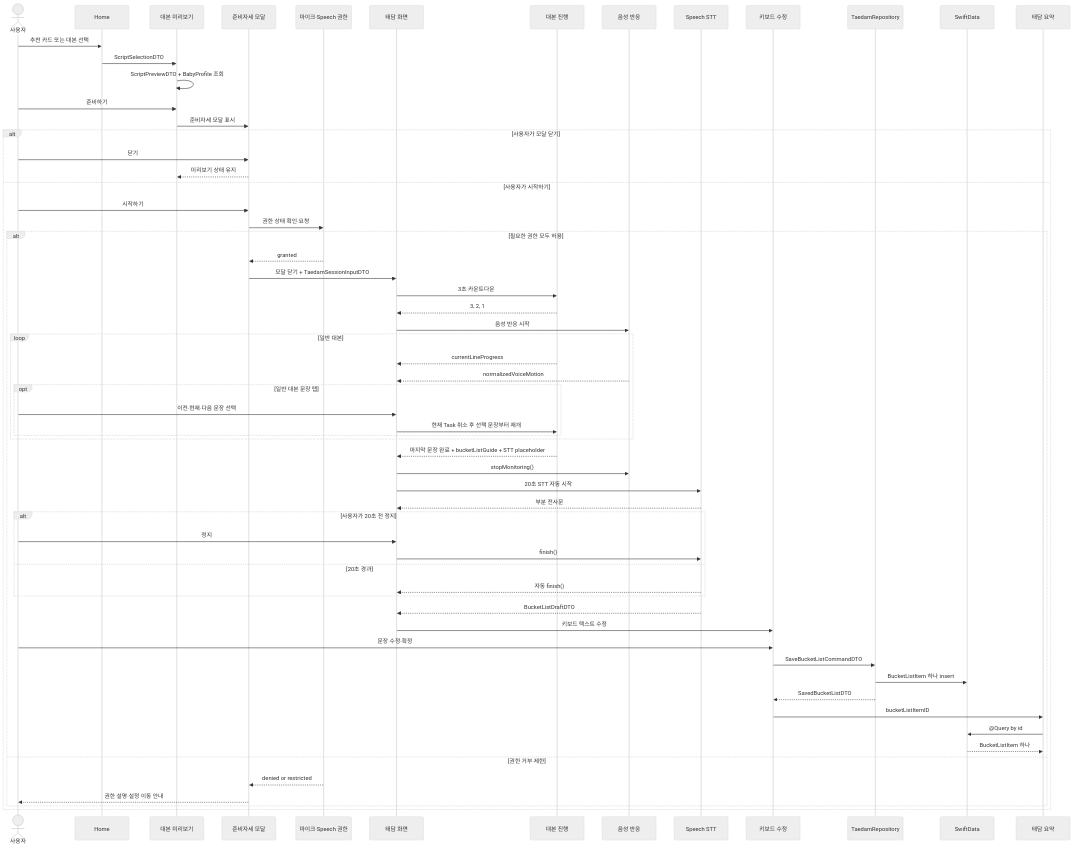
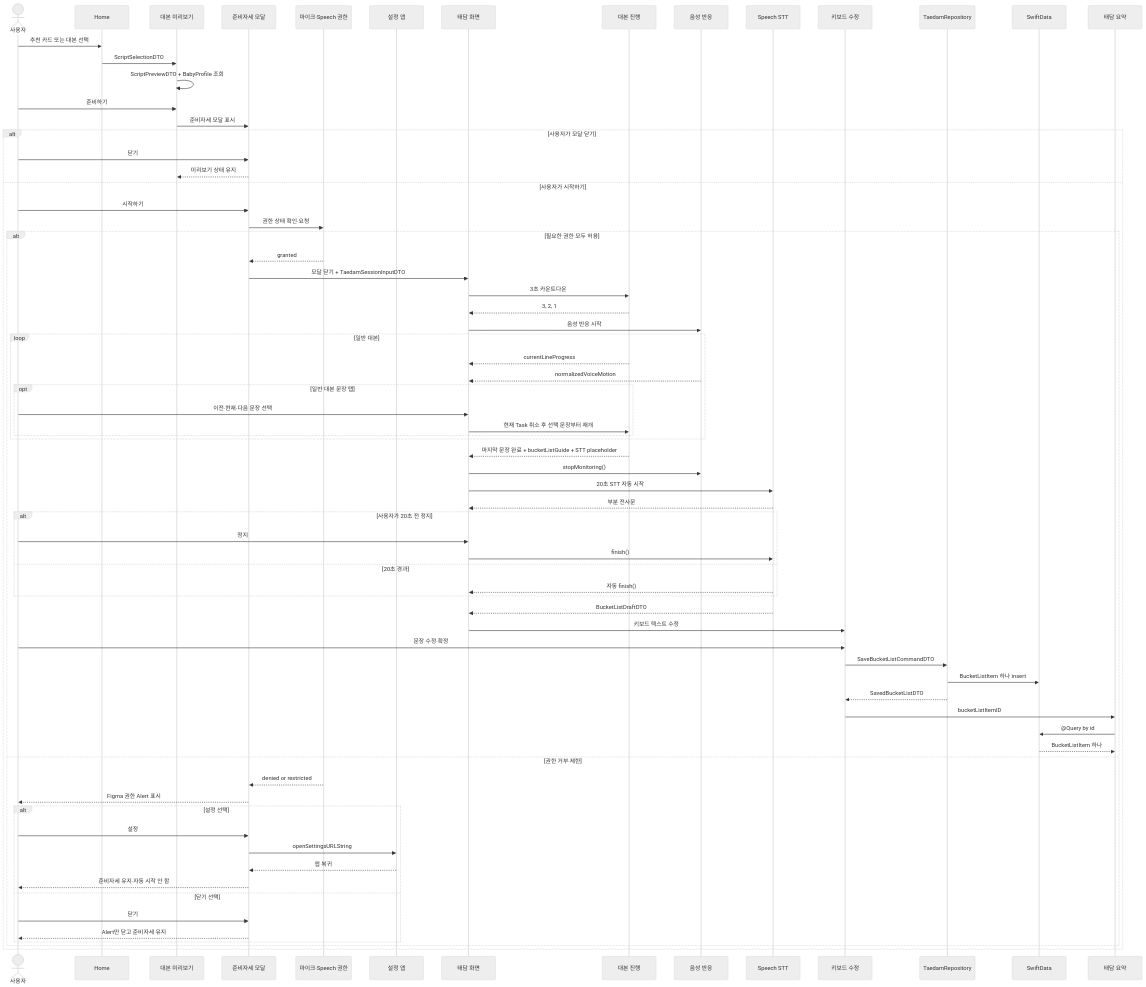
The diagram in docs/design/taedam-session-spec.md (DeveloperAcademy-POSTECH/2026-C4-M15-siboya), drawn with Mermaid (neutral theme) before and after one commit. The commit also changed other lines of this file and 3 other files, not shown here.

````diff
--- a/docs/design/taedam-session-spec.md
+++ b/docs/design/taedam-session-spec.md
@@ -183,66 +198,76 @@
 ```mermaid
 sequenceDiagram
     actor User as 사용자
     participant Home as Home
     participant Preview as 대본 미리보기
     participant Preparation as 준비자세 모달
     participant Permission as 마이크·Speech 권한
+    participant Settings as 설정 앱
     participant Screen as 태담 화면
     participant Progress as 대본 진행
     participant Motion as 음성 반응
     participant Speech as Speech STT
     participant Keyboard as 키보드 수정
     participant Repository as TaedamRepository
     participant Data as SwiftData
     participant Summary as 태담 요약
 
     User->>Home: 추천 카드 또는 대본 선택
     Home->>Preview: ScriptSelectionDTO
     Preview->>Preview: ScriptPreviewDTO + BabyProfile 조회
     User->>Preview: 준비하기
     Preview->>Preparation: 준비자세 모달 표시
     alt 사용자가 모달 닫기
         User->>Preparation: 닫기
         Preparation-->>Preview: 미리보기 상태 유지
     else 사용자가 시작하기
         User->>Preparation: 시작하기
         Preparation->>Permission: 권한 상태 확인·요청
         alt 필요한 권한 모두 허용
             Permission-->>Preparation: granted
             Preparation->>Screen: 모달 닫기 + TaedamSessionInputDTO
             Screen->>Progress: 3초 카운트다운
             Progress-->>Screen: 3, 2, 1
             Screen->>Motion: 음성 반응 시작
             loop 일반 대본
                 Progress-->>Screen: currentLineProgress
                 Motion-->>Screen: normalizedVoiceMotion
                 opt 일반 대본 문장 탭
                     User->>Screen: 이전·현재·다음 문장 선택
                     Screen->>Progress: 현재 Task 취소 후 선택 문장부터 재개
                 end
             end
             Progress-->>Screen: 마지막 문장 완료 + bucketListGuide + STT placeholder
             Screen->>Motion: stopMonitoring()
             Screen->>Speech: 20초 STT 자동 시작
             Speech-->>Screen: 부분 전사문
             alt 사용자가 20초 전 정지
                 User->>Screen: 정지
                 Screen->>Speech: finish()
             else 20초 경과
                 Speech-->>Screen: 자동 finish()
             end
             Speech-->>Screen: BucketListDraftDTO
             Screen->>Keyboard: 키보드 텍스트 수정
             User->>Keyboard: 문장 수정·확정
             Keyboard->>Repository: SaveBucketListCommandDTO
             Repository->>Data: BucketListItem 하나 insert
             Repository-->>Keyboard: SavedBucketListDTO
             Keyboard->>Summary: bucketListItemID
             Summary->>Data: @Query by id
             Data-->>Summary: BucketListItem 하나
         else 권한 거부·제한
             Permission-->>Preparation: denied or restricted
-            Preparation-->>User: 권한 설명·설정 이동 안내
+            Preparation-->>User: Figma 권한 Alert 표시
+            alt 설정 선택
+                User->>Preparation: 설정
+                Preparation->>Settings: openSettingsURLString
+                Settings-->>Preparation: 앱 복귀
+                Preparation-->>User: 준비자세 유지·자동 시작 안 함
+            else 닫기 선택
+                User->>Preparation: 닫기
+                Preparation-->>User: Alert만 닫고 준비자세 유지
+            end
         end
     end
 ```
````
